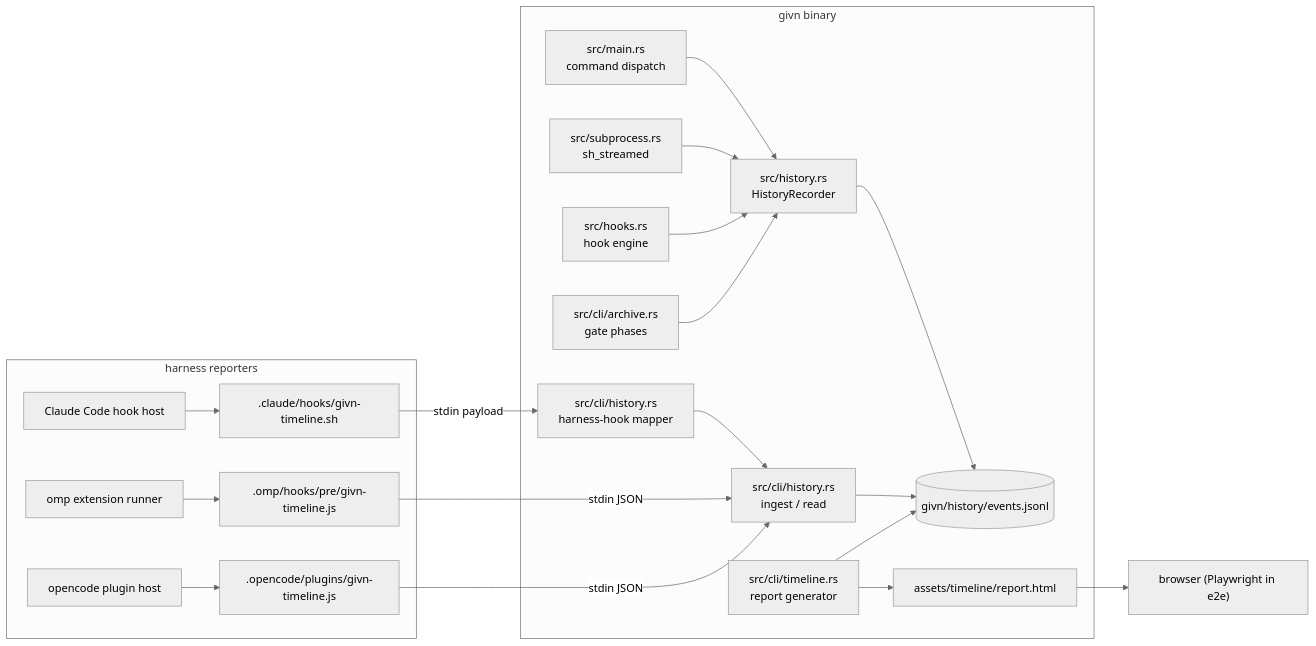
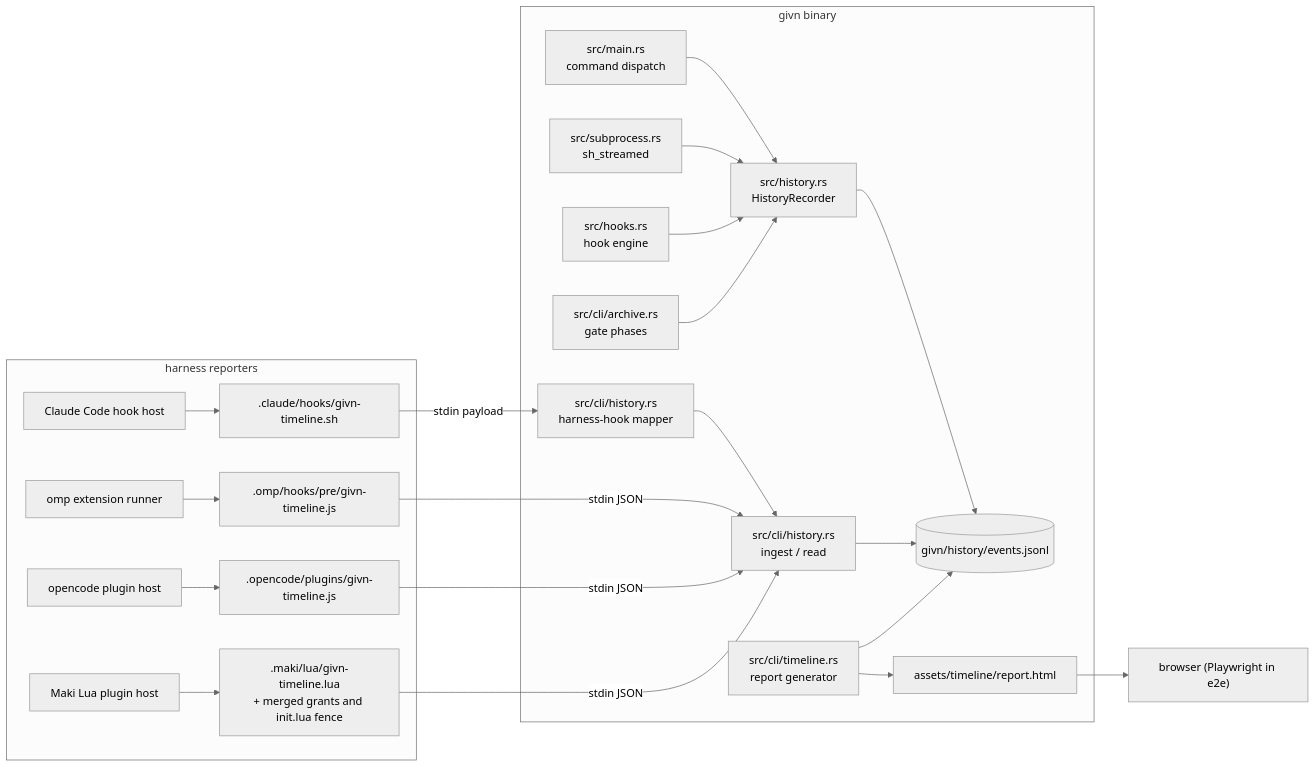
Before and after one commit to buster/givn: the diagram in givn/changes/development-timeline/design.md, drawn with Mermaid (neutral theme). The commit also changed other lines of this file and 19 other files, not shown here.

Commit message:
docs(development-timeline): add the Maki harness reporter; design re-review passes

````diff
--- a/givn/changes/development-timeline/design.md
+++ b/givn/changes/development-timeline/design.md
@@ -1010,23 +1242,25 @@
 ```mermaid
 flowchart LR
   subgraph givn binary
     Main["src/main.rs<br/>command dispatch"] --> Rec["src/history.rs<br/>HistoryRecorder"]
     Sub["src/subprocess.rs<br/>sh_streamed"] --> Rec
     Hooks["src/hooks.rs<br/>hook engine"] --> Rec
     Gate["src/cli/archive.rs<br/>gate phases"] --> Rec
     Rec --> Store[("givn/history/events.jsonl")]
     Ingest["src/cli/history.rs<br/>ingest / read"] --> Store
     Mapper["src/cli/history.rs<br/>harness-hook mapper"] --> Ingest
     Timeline["src/cli/timeline.rs<br/>report generator"] --> Store
     Timeline --> Asset["assets/timeline/report.html"]
   end
   subgraph harnesses["harness reporters"]
     Omp["omp extension runner"] --> R1[".omp/hooks/pre/givn-timeline.js"]
     Oc["opencode plugin host"] --> R2[".opencode/plugins/givn-timeline.js"]
     Cc["Claude Code hook host"] --> R3[".claude/hooks/givn-timeline.sh"]
+    Maki["Maki Lua plugin host"] --> R4[".maki/lua/givn-timeline.lua<br/>+ merged grants and init.lua fence"]
   end
   R1 -->|stdin JSON| Ingest
   R2 -->|stdin JSON| Ingest
   R3 -->|stdin payload| Mapper
+  R4 -->|stdin JSON| Ingest
   Asset --> Browser["browser (Playwright in e2e)"]
 ```
````
